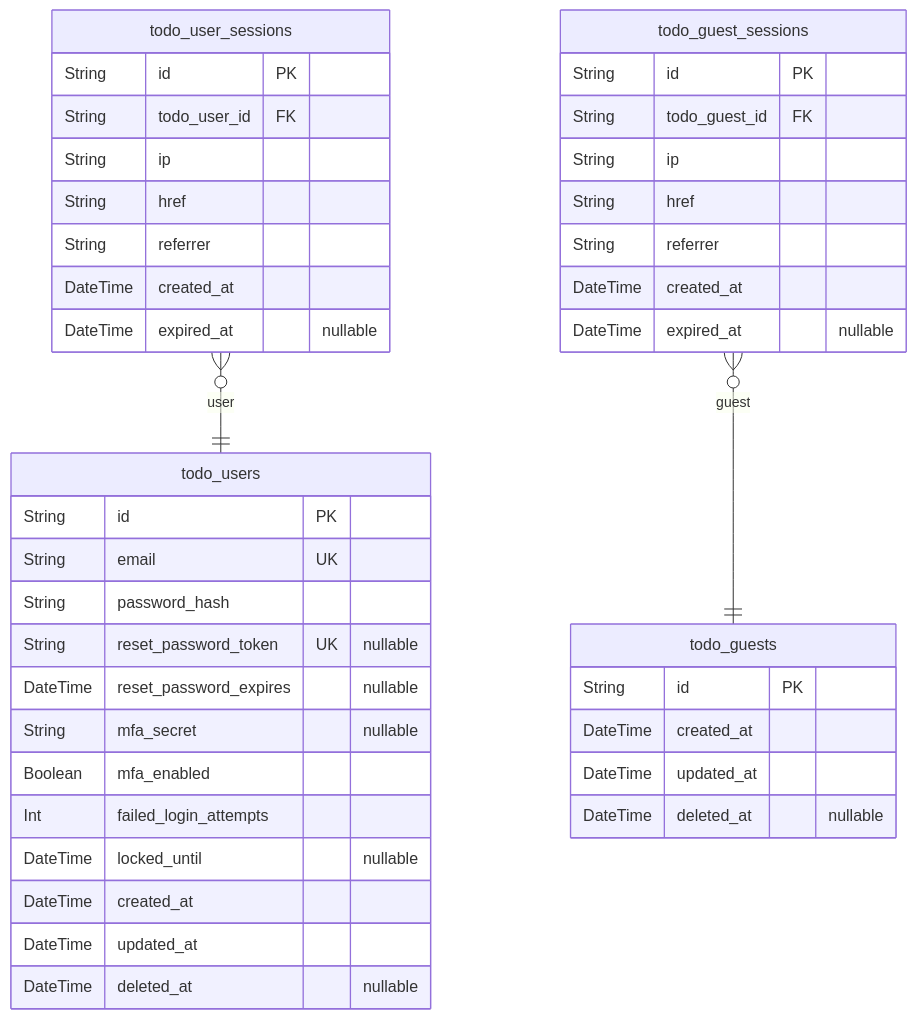
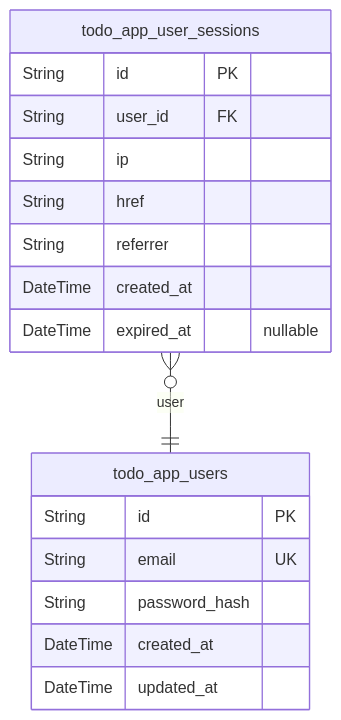
One commit to wrtnlabs/autobe-examples changed the second of 3 diagrams in moonshotai/kimi-k2-0905-exacto/todo/docs/ERD.md. Above: the diagram before and after it, drawn with Mermaid. The commit also changed other lines of this file and 22498 other files, not shown here.

````diff
--- a/moonshotai/kimi-k2-0905-exacto/todo/docs/ERD.md
+++ b/moonshotai/kimi-k2-0905-exacto/todo/docs/ERD.md
@@ -57,43 +63,20 @@
 ```mermaid
 erDiagram
-"todo_users" {
+"todo_app_users" {
   String id PK
   String email UK
   String password_hash
-  String reset_password_token UK "nullable"
-  DateTime reset_password_expires "nullable"
-  String mfa_secret "nullable"
-  Boolean mfa_enabled
-  Int failed_login_attempts
-  DateTime locked_until "nullable"
   DateTime created_at
   DateTime updated_at
-  DateTime deleted_at "nullable"
 }
-"todo_user_sessions" {
+"todo_app_user_sessions" {
   String id PK
-  String todo_user_id FK
+  String user_id FK
   String ip
   String href
   String referrer
   DateTime created_at
   DateTime expired_at "nullable"
 }
-"todo_guests" {
-  String id PK
-  DateTime created_at
-  DateTime updated_at
-  DateTime deleted_at "nullable"
-}
-"todo_guest_sessions" {
-  String id PK
-  String todo_guest_id FK
-  String ip
-  String href
-  String referrer
-  DateTime created_at
-  DateTime expired_at "nullable"
-}
-"todo_user_sessions" }o--|| "todo_users" : user
-"todo_guest_sessions" }o--|| "todo_guests" : guest
+"todo_app_user_sessions" }o--|| "todo_app_users" : user
 ```
````
